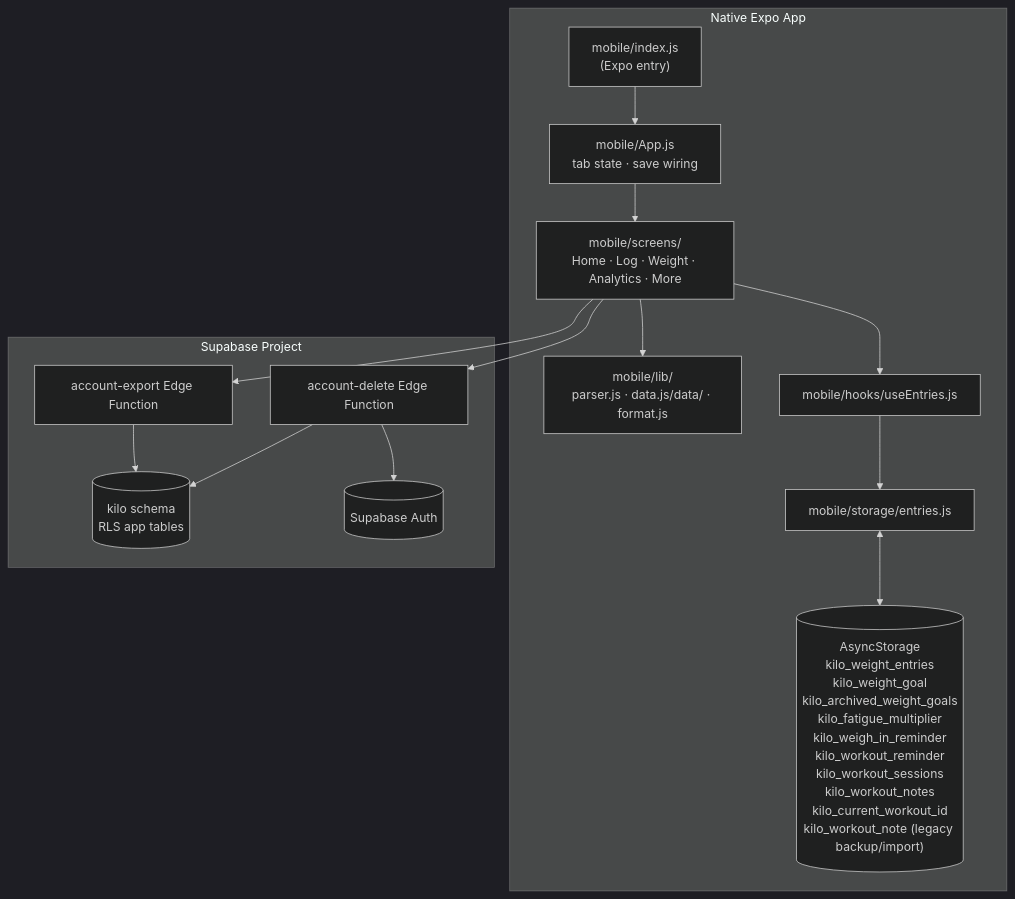
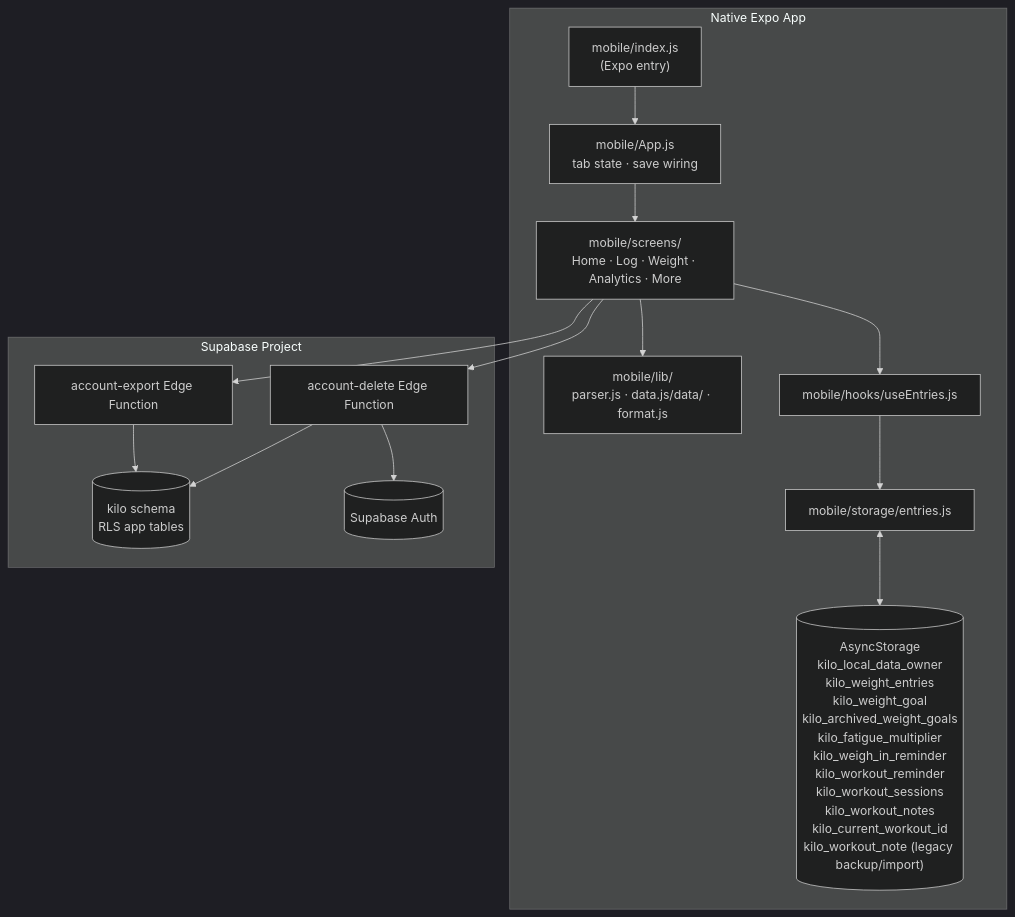
Before and after one commit to bpronin90/kilo: the diagram in docs/architecture.md, drawn with Mermaid (dark theme). The commit also changed other lines of this file and 6 other files, not shown here.

Commit message:
Close issue #450 local data ownership

````diff
--- a/docs/architecture.md
+++ b/docs/architecture.md
@@ -13,30 +13,30 @@
 ```mermaid
 graph TD
     subgraph expo["Native Expo App"]
         ExpoEntry["mobile/index.js\n(Expo entry)"]
         AppJs["mobile/App.js\ntab state · save wiring"]
         NativeScreens["mobile/screens/\nHome · Log · Weight · Analytics · More"]
         NativeLib["mobile/lib/\nparser.js · data.js/data/ · format.js"]
         NativeHooks["mobile/hooks/useEntries.js"]
         NativeStorage["mobile/storage/entries.js"]
-        AS[("AsyncStorage\nkilo_weight_entries\nkilo_weight_goal\nkilo_archived_weight_goals\nkilo_fatigue_multiplier\nkilo_weigh_in_reminder\nkilo_workout_reminder\nkilo_workout_sessions\nkilo_workout_notes\nkilo_current_workout_id\nkilo_workout_note (legacy backup/import)")]
+        AS[("AsyncStorage\nkilo_local_data_owner\nkilo_weight_entries\nkilo_weight_goal\nkilo_archived_weight_goals\nkilo_fatigue_multiplier\nkilo_weigh_in_reminder\nkilo_workout_reminder\nkilo_workout_sessions\nkilo_workout_notes\nkilo_current_workout_id\nkilo_workout_note (legacy backup/import)")]
     end
     subgraph supabase["Supabase Project"]
         EdgeExport["account-export Edge Function"]
         EdgeDelete["account-delete Edge Function"]
         KiloSchema[("kilo schema\nRLS app tables")]
         Auth[("Supabase Auth")]
     end
 
     ExpoEntry --> AppJs
     AppJs --> NativeScreens
     NativeScreens --> NativeLib
     NativeScreens --> NativeHooks
     NativeHooks --> NativeStorage
     NativeStorage <--> AS
     NativeScreens --> EdgeExport
     NativeScreens --> EdgeDelete
     EdgeExport --> KiloSchema
     EdgeDelete --> KiloSchema
     EdgeDelete --> Auth
 ```
````
